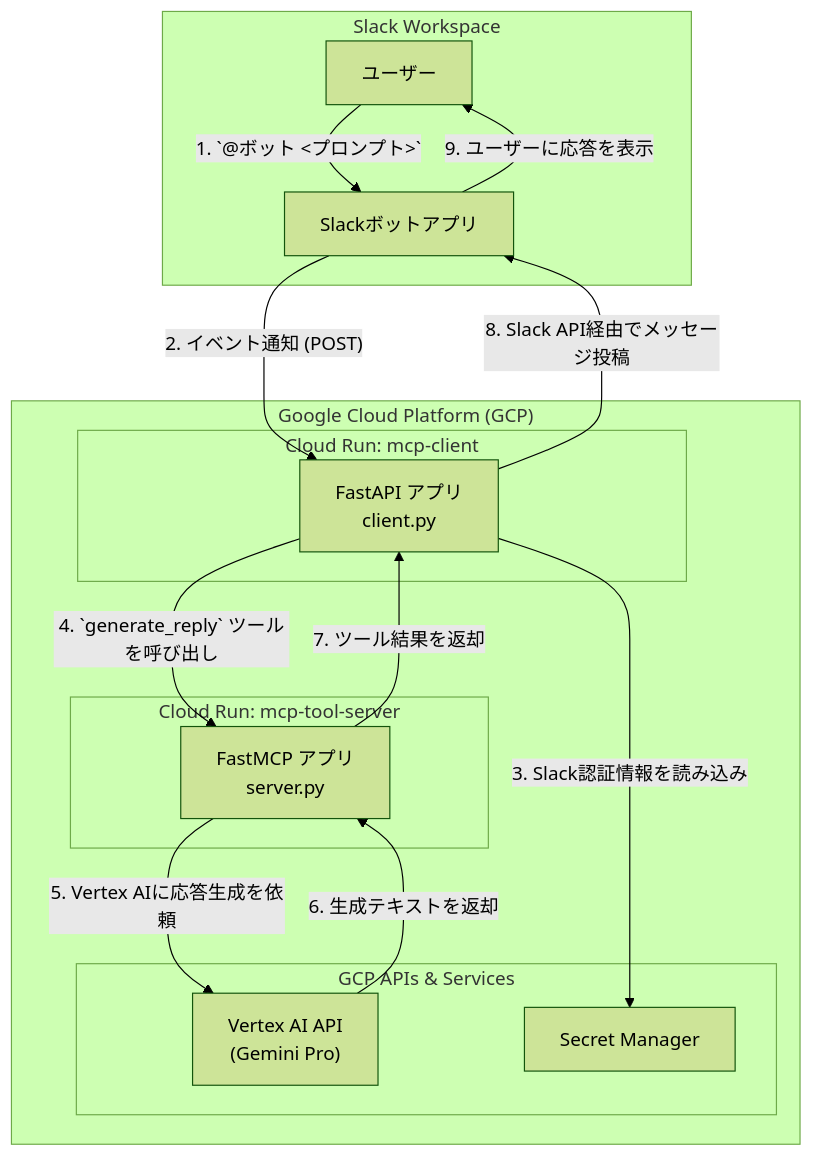
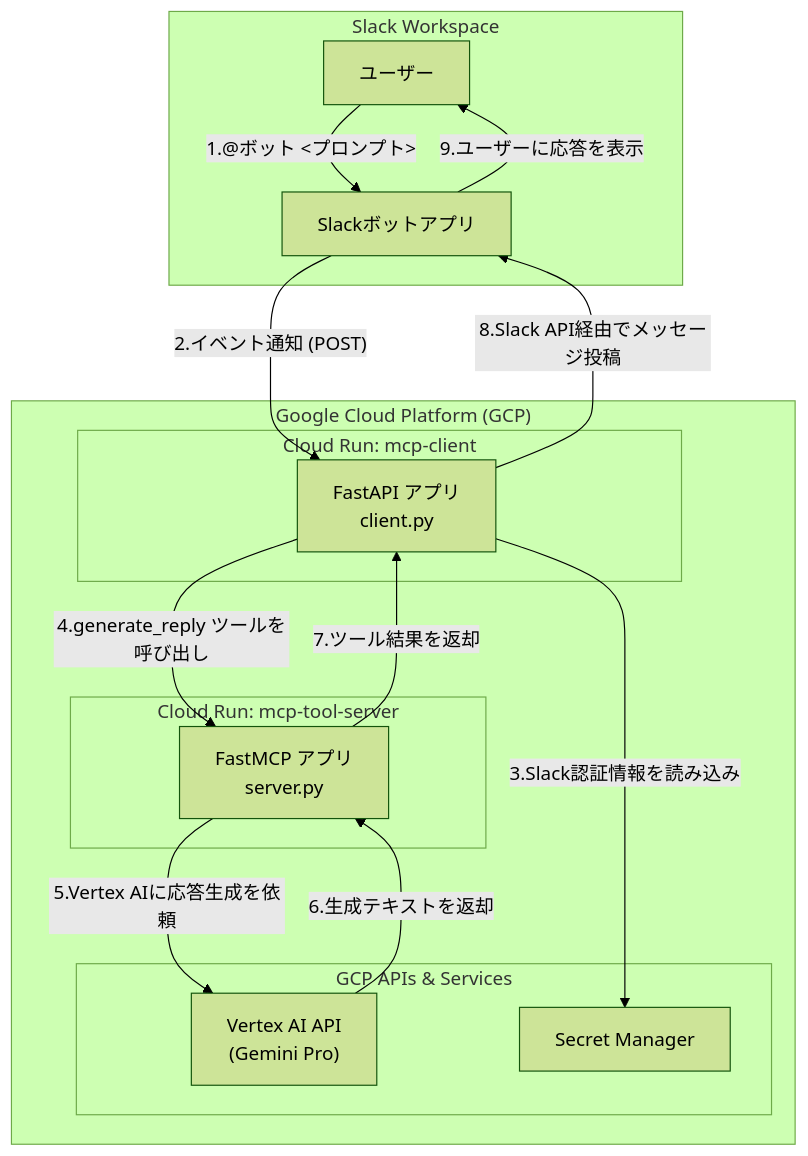
Before and after one commit to ca-jyt/mcp-test-sample: the diagram in README.md, drawn with Mermaid (forest theme).

Commit message:
README修正２

````diff
--- a/README.md
+++ b/README.md
@@ -11,39 +11,39 @@
 ```mermaid
 graph TD
     subgraph "Slack Workspace"
         User
         Bot
     end
 
     subgraph "Google Cloud Platform (GCP)"
         subgraph "Cloud Run: mcp-client"
             Client
         end
 
         subgraph "Cloud Run: mcp-tool-server"
             Server
         end
 
         subgraph "GCP APIs & Services"
             VertexAI
             SecretManager
         end
     end
 
     User["ユーザー"]
     Bot["Slackボットアプリ"]
     Client["FastAPI アプリ<br/>client.py"]
     Server["FastMCP アプリ<br/>server.py"]
     VertexAI["Vertex AI API<br/>(Gemini Pro)"]
     SecretManager["Secret Manager"]
 
-    User -- "1. `@ボット <プロンプト>`" --> Bot
-    Bot -- "2. イベント通知 (POST)" --> Client
-    Client -- "3. Slack認証情報を読み込み" --> SecretManager
-    Client -- "4. `generate_reply` ツールを呼び出し" --> Server
-    Server -- "5. Vertex AIに応答生成を依頼" --> VertexAI
-    VertexAI -- "6. 生成テキストを返却" --> Server
-    Server -- "7. ツール結果を返却" --> Client
-    Client -- "8. Slack API経由でメッセージ投稿" --> Bot
-    Bot -- "9. ユーザーに応答を表示" --> User
+    User -- 1.@ボット <プロンプト>　--> Bot
+    Bot -- 2.イベント通知 (POST) --> Client
+    Client -- 3.Slack認証情報を読み込み --> SecretManager
+    Client -- "4.generate_reply ツールを呼び出し" --> Server
+    Server -- "5.Vertex AIに応答生成を依頼" --> VertexAI
+    VertexAI -- "6.生成テキストを返却" --> Server
+    Server -- "7.ツール結果を返却" --> Client
+    Client -- "8.Slack API経由でメッセージ投稿" --> Bot
+    Bot -- "9.ユーザーに応答を表示" --> User
 ```
````
